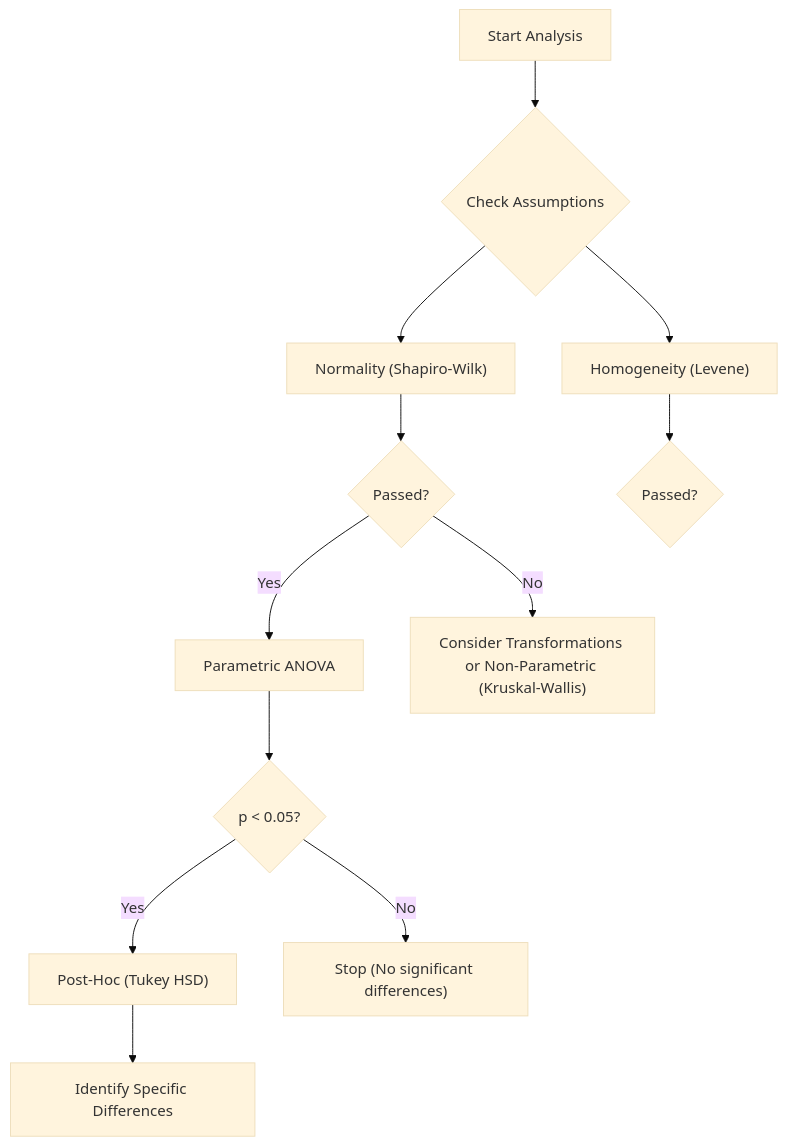
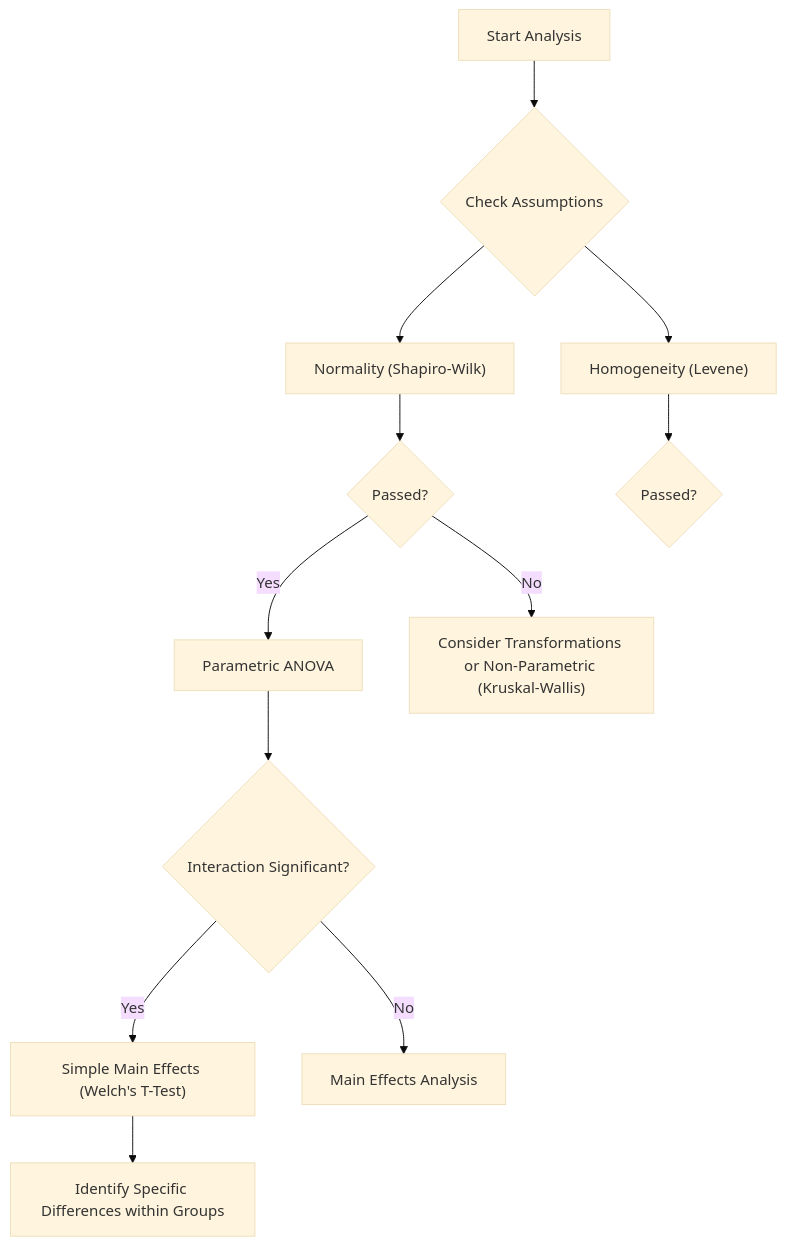
The second of 2 diagrams in DETAILS.md (ahnafnafee/mesh-decimation-benchmark), drawn with Mermaid (base theme) before and after one commit. The commit also changed other lines of this file and 3 other files, not shown here.

First line of the commit message:
Update statistical methods and remove figure scripts

````diff
--- a/DETAILS.md
+++ b/DETAILS.md
@@ -133,14 +134,14 @@
 ```mermaid
 graph TD
     A[Start Analysis] --> B{Check Assumptions}
     B --> C["Normality (Shapiro-Wilk)"]
     B --> D["Homogeneity (Levene)"]
     C --> E{Passed?}
     D --> F{Passed?}
     E -- Yes --> G[Parametric ANOVA]
     E -- No --> H["Consider Transformations or Non-Parametric (Kruskal-Wallis)"]
-    G --> I{p < 0.05?}
-    I -- Yes --> J["Post-Hoc (Tukey HSD)"]
-    I -- No --> K["Stop (No significant differences)"]
-    J --> L[Identify Specific Differences]
+    G --> I{Interaction Significant?}
+    I -- Yes --> J["Simple Main Effects (Welch's T-Test)"]
+    I -- No --> K["Main Effects Analysis"]
+    J --> L[Identify Specific Differences within Groups]
 ```
````
